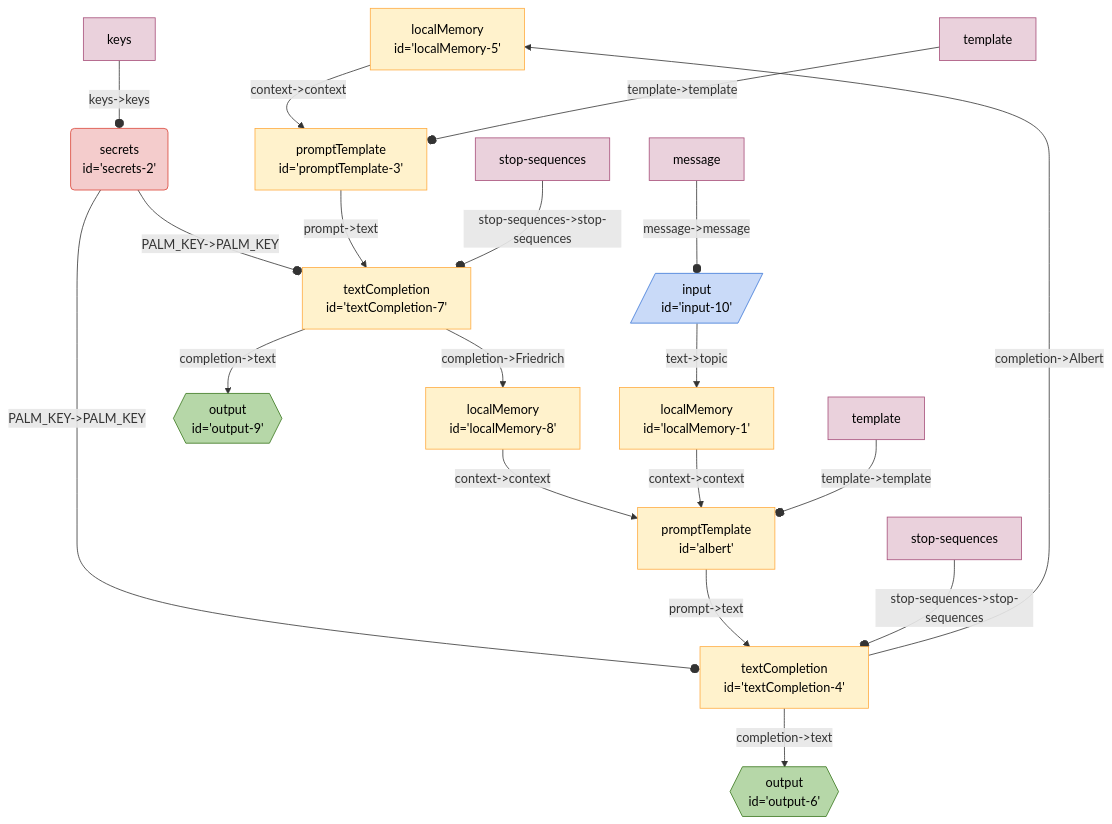
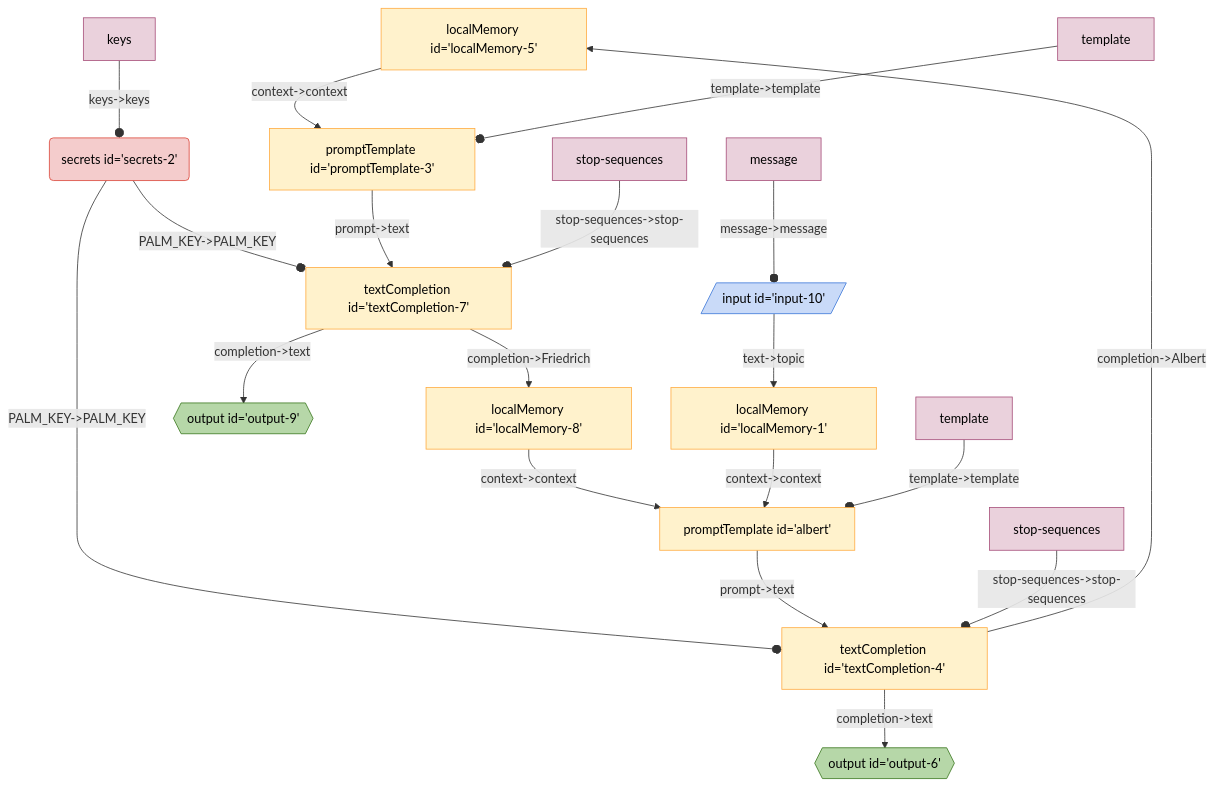
Before and after one commit to breadboard-ai/breadboard: the diagram in seeds/graph-playground/docs/graphs/endless-debate.md, drawn with Mermaid. The commit also changed 17 other files, not shown here.

Commit message:
nit: remove extranous line break in mermaid sources

````diff
--- a/seeds/graph-playground/docs/graphs/endless-debate.md
+++ b/seeds/graph-playground/docs/graphs/endless-debate.md
@@ -5,54 +5,30 @@
   ```mermaid
   %%{init: 'themeVariables': { 'fontFamily': 'Fira Code, monospace' }}%%
 graph TD;
-localMemory5["localMemory
-id='localMemory-5'"] -- "context->context" --> promptTemplate3["promptTemplate
-id='promptTemplate-3'"]
-textCompletion4["textCompletion
-id='textCompletion-4'"] -- "completion->Albert" --> localMemory5["localMemory
-id='localMemory-5'"]
-textCompletion4["textCompletion
-id='textCompletion-4'"] -- "completion->text" --> output6{{"output
-id='output-6'"}}:::output
-secrets2("secrets
-id='secrets-2'"):::secrets -- "PALM_KEY->PALM_KEY" --o textCompletion4["textCompletion
-id='textCompletion-4'"]
-albert["promptTemplate
-id='albert'"] -- "prompt->text" --> textCompletion4["textCompletion
-id='textCompletion-4'"]
-localMemory8["localMemory
-id='localMemory-8'"] -- "context->context" --> albert["promptTemplate
-id='albert'"]
-textCompletion7["textCompletion
-id='textCompletion-7'"] -- "completion->Friedrich" --> localMemory8["localMemory
-id='localMemory-8'"]
-textCompletion7["textCompletion
-id='textCompletion-7'"] -- "completion->text" --> output9{{"output
-id='output-9'"}}:::output
-secrets2("secrets
-id='secrets-2'"):::secrets -- "PALM_KEY->PALM_KEY" --o textCompletion7["textCompletion
-id='textCompletion-7'"]
-promptTemplate3["promptTemplate
-id='promptTemplate-3'"] -- "prompt->text" --> textCompletion7["textCompletion
-id='textCompletion-7'"]
-localMemory1["localMemory
-id='localMemory-1'"] -- "context->context" --> albert["promptTemplate
-id='albert'"]
-input10[/"input
-id='input-10'"/]:::input -- "text->topic" --> localMemory1["localMemory
-id='localMemory-1'"]
+localMemory5["localMemory id='localMemory-5'"] -- "context->context" --> promptTemplate3["promptTemplate id='promptTemplate-3'"]
+textCompletion4["textCompletion id='textCompletion-4'"] -- "completion->Albert" --> localMemory5["localMemory id='localMemory-5'"]
+textCompletion4["textCompletion id='textCompletion-4'"] -- "completion->text" --> output6{{"output id='output-6'"}}:::output
+secrets2("secrets id='secrets-2'"):::secrets -- "PALM_KEY->PALM_KEY" --o textCompletion4["textCompletion id='textCompletion-4'"]
+albert["promptTemplate id='albert'"] -- "prompt->text" --> textCompletion4["textCompletion id='textCompletion-4'"]
+localMemory8["localMemory id='localMemory-8'"] -- "context->context" --> albert["promptTemplate id='albert'"]
+textCompletion7["textCompletion id='textCompletion-7'"] -- "completion->Friedrich" --> localMemory8["localMemory id='localMemory-8'"]
+textCompletion7["textCompletion id='textCompletion-7'"] -- "completion->text" --> output9{{"output id='output-9'"}}:::output
+secrets2("secrets id='secrets-2'"):::secrets -- "PALM_KEY->PALM_KEY" --o textCompletion7["textCompletion id='textCompletion-7'"]
+promptTemplate3["promptTemplate id='promptTemplate-3'"] -- "prompt->text" --> textCompletion7["textCompletion id='textCompletion-7'"]
+localMemory1["localMemory id='localMemory-1'"] -- "context->context" --> albert["promptTemplate id='albert'"]
+input10[/"input id='input-10'"/]:::input -- "text->topic" --> localMemory1["localMemory id='localMemory-1'"]
 keyssecrets2[keys]:::config -- "keys->keys" --o secrets2
 templatepromptTemplate3[template]:::config -- "template->template" --o promptTemplate3
 templatealbert[template]:::config -- "template->template" --o albert
 stopsequencestextCompletion4[stop-sequences]:::config -- "stop-sequences->stop-sequences" --o textCompletion4
 stopsequencestextCompletion7[stop-sequences]:::config -- "stop-sequences->stop-sequences" --o textCompletion7
 messageinput10[message]:::config -- "message->message" --o input10
 classDef default stroke:#ffab40,fill:#fff2ccff,color:#000
 classDef input stroke:#3c78d8,fill:#c9daf8ff,color:#000
 classDef output stroke:#38761d,fill:#b6d7a8ff,color:#000
 classDef passthrough stroke:#a64d79,fill:#ead1dcff,color:#000
 classDef slot stroke:#a64d79,fill:#ead1dcff,color:#000
 classDef config stroke:#a64d79,fill:#ead1dcff,color:#000
 classDef secrets stroke:#db4437,fill:#f4cccc,color:#000
 classDef slotted stroke:#a64d79
   ```
````
